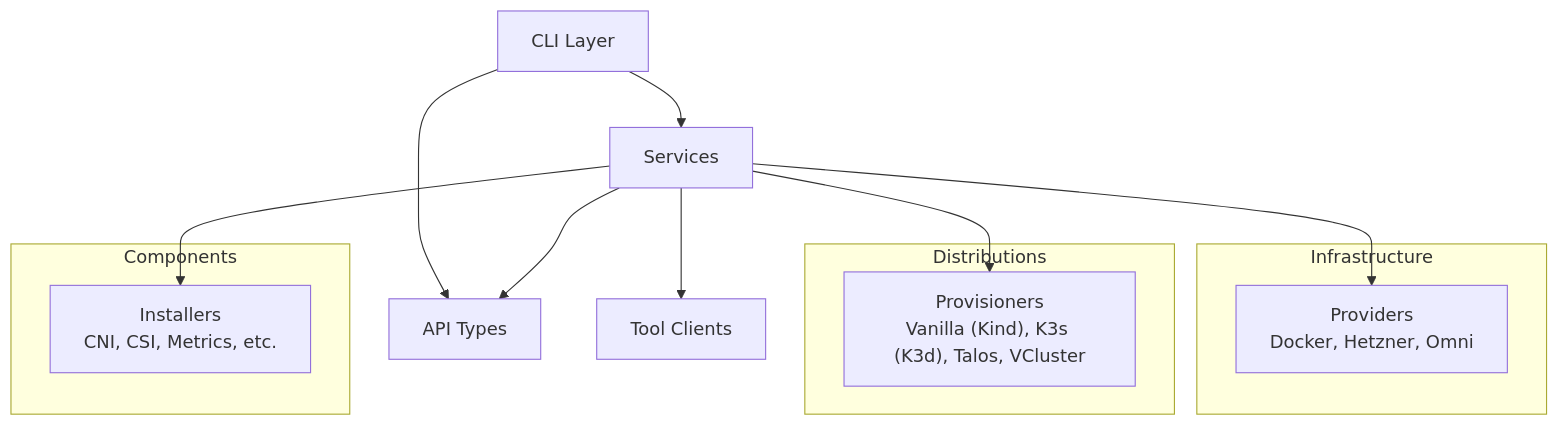
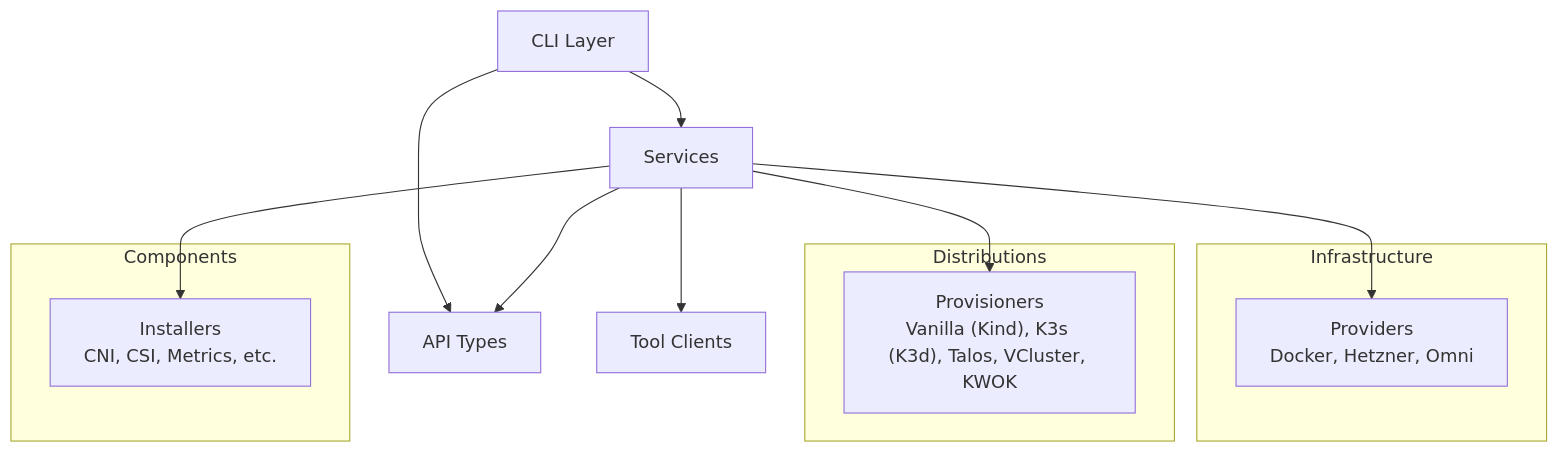
The first of 2 diagrams in docs/src/content/docs/architecture.mdx (devantler-tech/ksail), drawn with Mermaid before and after one commit. The commit also changed other lines of this file and 66 other files, not shown here.

`````diff
--- a/docs/src/content/docs/architecture.mdx
+++ b/docs/src/content/docs/architecture.mdx
@@ -20,28 +20,28 @@
 ````mermaid
 graph TB
     CLI[CLI Layer]
     APIs[API Types]
     Services[Services]
     Clients[Tool Clients]
 
     CLI --> Services
     CLI --> APIs
     Services --> APIs
     Services --> Clients
 
     subgraph "Infrastructure"
         Provider[Providers<br/>Docker, Hetzner, Omni]
     end
 
     subgraph "Distributions"
-        Provisioner["Provisioners<br/>Vanilla (Kind), K3s (K3d), Talos, VCluster"]
+        Provisioner["Provisioners<br/>Vanilla (Kind), K3s (K3d), Talos, VCluster, KWOK"]
     end
 
     subgraph "Components"
         Installer[Installers<br/>CNI, CSI, Metrics, etc.]
     end
 
     Services --> Provider
     Services --> Provisioner
     Services --> Installer
 ````
`````
